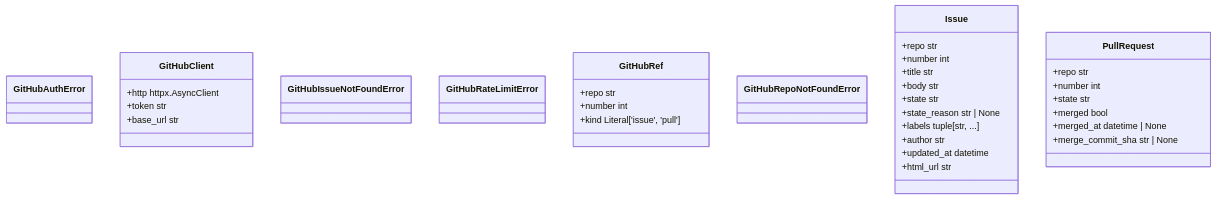
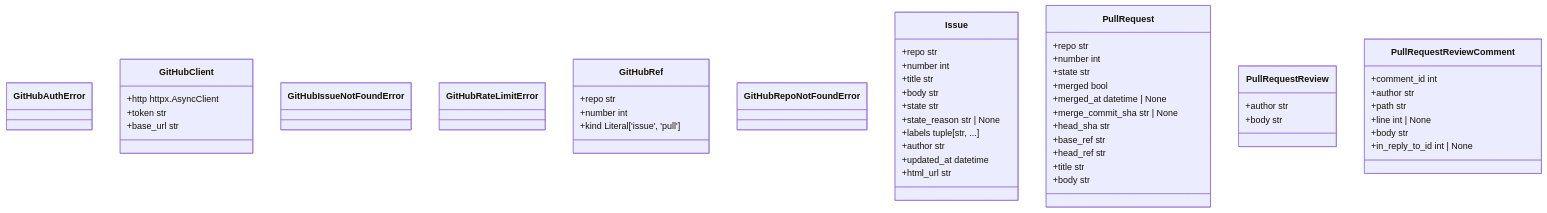
One commit to agent-lore/lithos-loom changed the first of 3 diagrams in docs/generated/domain_model.md. Above: the diagram before and after it, drawn with Mermaid. The commit also changed 14 other files, not shown here.

````diff
--- a/docs/generated/domain_model.md
+++ b/docs/generated/domain_model.md
@@ -8,37 +8,54 @@
 ```mermaid
 classDiagram
   class GitHubAuthError
   class GitHubClient {
     +http httpx.AsyncClient
     +token str
     +base_url str
   }
   class GitHubIssueNotFoundError
   class GitHubRateLimitError
   class GitHubRef {
     +repo str
     +number int
     +kind Literal['issue', 'pull']
   }
   class GitHubRepoNotFoundError
   class Issue {
     +repo str
     +number int
     +title str
     +body str
     +state str
     +state_reason str | None
     +labels tuple[str, ...]
     +author str
     +updated_at datetime
     +html_url str
   }
   class PullRequest {
     +repo str
     +number int
     +state str
     +merged bool
     +merged_at datetime | None
     +merge_commit_sha str | None
+    +head_sha str
+    +base_ref str
+    +head_ref str
+    +title str
+    +body str
+  }
+  class PullRequestReview {
+    +author str
+    +body str
+  }
+  class PullRequestReviewComment {
+    +comment_id int
+    +author str
+    +path str
+    +line int | None
+    +body str
+    +in_reply_to_id int | None
   }
 ```
````
